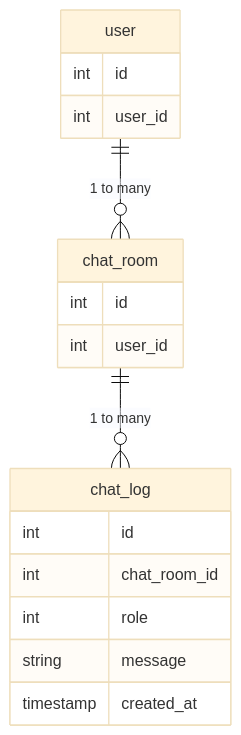
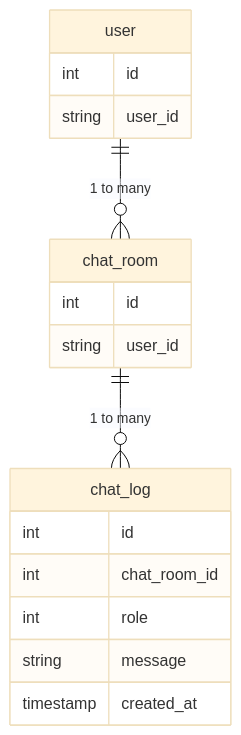
Before and after one commit to kkhouse/Playground: the diagram in Other/memo/４月/データベース.md, drawn with Mermaid (base theme). The commit also changed 3 other files, not shown here.

````diff
--- a/Other/memo/４月/データベース.md
+++ b/Other/memo/４月/データベース.md
@@ -5,20 +5,20 @@
 ```mermaid
 erDiagram
     user {
         int id
-        int user_id
+        string user_id
     }
     user ||--o{ chat_room : "1 to many"
     chat_room {
         int id
-        int user_id
+        string user_id
     }
     chat_room ||--o{ chat_log : "1 to many"
     chat_log {
         int id
         int chat_room_id
         int role
         string message
         timestamp created_at
     }
 ```
````
